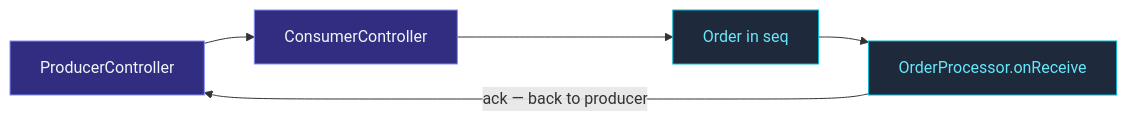
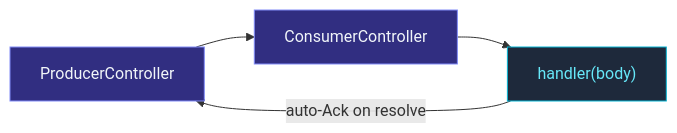
The diagram in docs/src/content/docs/delivery/consumer-controller.mdx (pathosDev/actor-ts), drawn with Mermaid before and after one commit. The commit also changed other lines of this file and 35 other files, not shown here.

````diff
--- a/docs/src/content/docs/delivery/consumer-controller.mdx
+++ b/docs/src/content/docs/delivery/consumer-controller.mdx
@@ -37,13 +30,12 @@
 ```mermaid
 flowchart LR
   PC["ProducerController"]
   CC["ConsumerController"]
-  SEQ["Order in seq"]
-  HANDLER["OrderProcessor.onReceive"]
-  PC --> CC --> SEQ --> HANDLER
-  HANDLER -- "ack — back to producer" --> PC
+  HANDLER["handler(body)"]
+  PC --> CC --> HANDLER
+  HANDLER -- "auto-Ack on resolve" --> PC
   classDef ctrl fill:#312e81,stroke:#818cf8,color:#f1f5f9;
   classDef step fill:#1e293b,stroke:#06b6d4,color:#67e8f9;
   class PC,CC ctrl
-  class SEQ,HANDLER step
+  class HANDLER step
 ```
````
